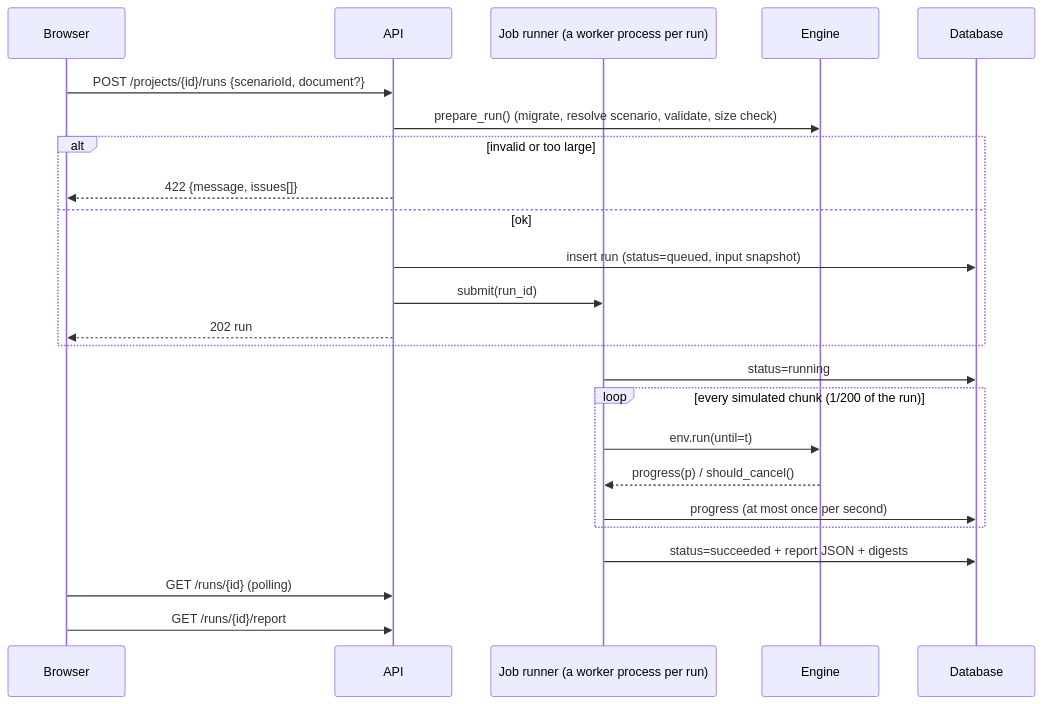
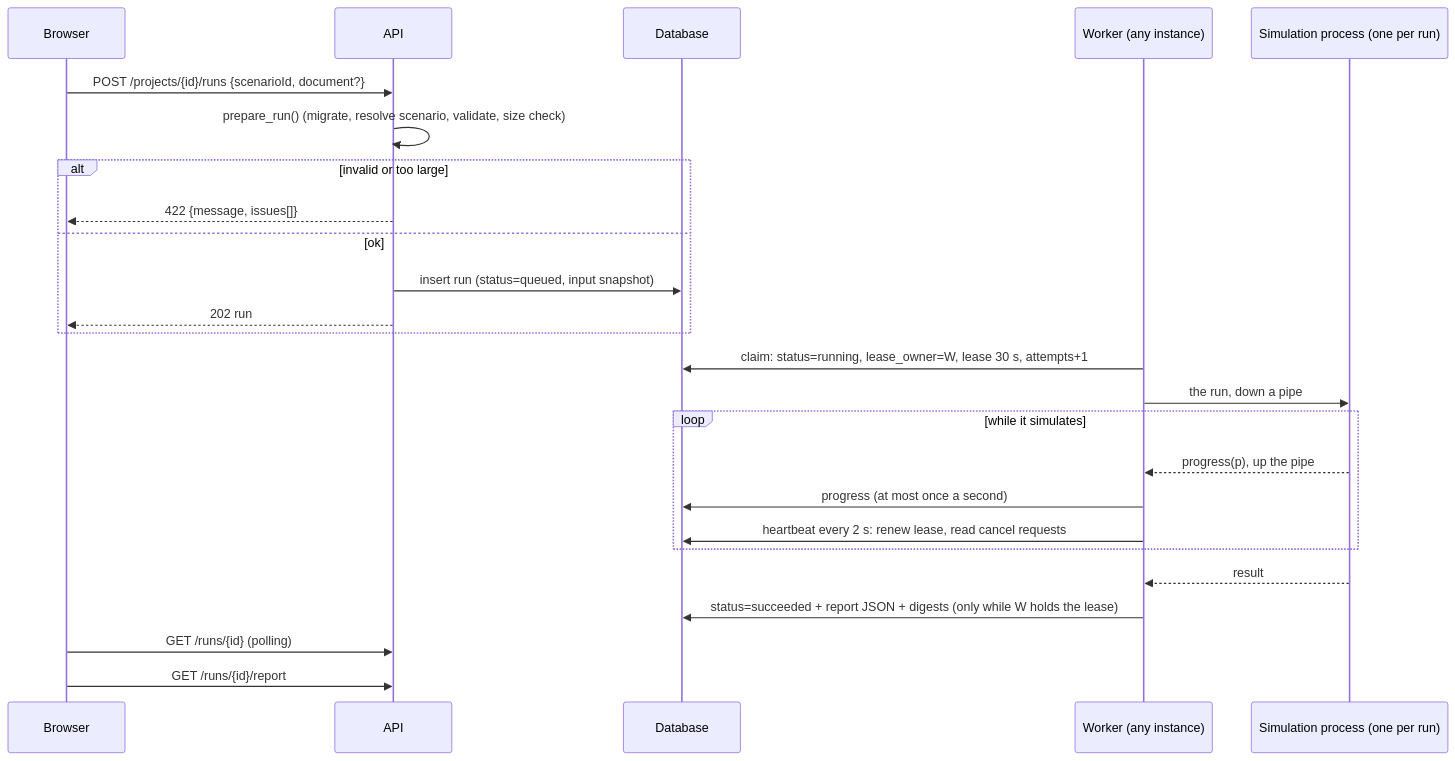
One commit to dante0747/archsim changed the second of 2 diagrams in docs/architecture.md. Above: the diagram before and after it, drawn with Mermaid. The commit also changed other lines of this file and 8 other files, not shown here.

First line of the commit message:
docs: describe the run queue, workers and running several instances

````diff
--- a/docs/architecture.md
+++ b/docs/architecture.md
@@ -142,26 +142,27 @@
 ```mermaid
 sequenceDiagram
   participant B as Browser
   participant A as API
-  participant J as Job runner (a worker process per run)
-  participant E as Engine
   participant D as Database
+  participant W as Worker (any instance)
+  participant E as Simulation process (one per run)
   B->>A: POST /projects/{id}/runs {scenarioId, document?}
-  A->>E: prepare_run() (migrate, resolve scenario, validate, size check)
+  A->>A: prepare_run() (migrate, resolve scenario, validate, size check)
   alt invalid or too large
     A-->>B: 422 {message, issues[]}
   else ok
     A->>D: insert run (status=queued, input snapshot)
-    A->>J: submit(run_id)
     A-->>B: 202 run
   end
-  J->>D: status=running
-  loop every simulated chunk (1/200 of the run)
-    J->>E: env.run(until=t)
-    E-->>J: progress(p) / should_cancel()
-    J->>D: progress (at most once per second)
+  W->>D: claim: status=running, lease_owner=W, lease 30 s, attempts+1
+  W->>E: the run, down a pipe
+  loop while it simulates
+    E-->>W: progress(p), up the pipe
+    W->>D: progress (at most once a second)
+    W->>D: heartbeat every 2 s: renew lease, read cancel requests
   end
-  J->>D: status=succeeded + report JSON + digests
+  E-->>W: result
+  W->>D: status=succeeded + report JSON + digests (only while W holds the lease)
   B->>A: GET /runs/{id} (polling)
   B->>A: GET /runs/{id}/report
 ```
````
